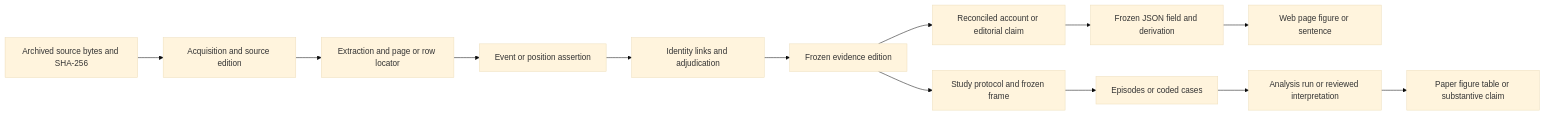
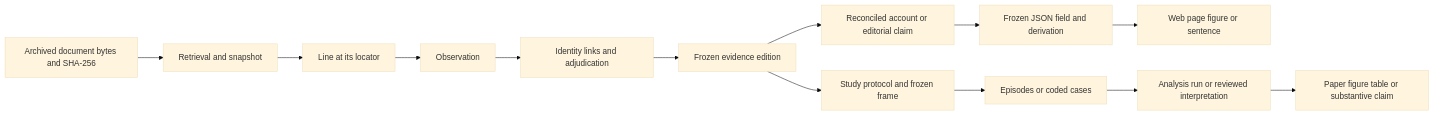
Before and after one commit to MinhHaDuong/climate-finance-het: the diagram in docs/jetp-backend-design.md, drawn with Mermaid (base theme). The commit also changed other lines of this file, not shown here.

````diff
--- a/docs/jetp-backend-design.md
+++ b/docs/jetp-backend-design.md
@@ -813,15 +585,15 @@
 ```mermaid
 flowchart LR
-    A[Archived source bytes and SHA-256] --> B[Acquisition and source edition]
-    B --> C[Extraction and page or row locator]
-    C --> D[Event or position assertion]
+    A[Archived document bytes and SHA-256] --> B[Retrieval and snapshot]
+    B --> C[Line at its locator]
+    C --> D[Observation]
     D --> E[Identity links and adjudication]
     E --> V[Frozen evidence edition]
     V --> F[Reconciled account or editorial claim]
     F --> G[Frozen JSON field and derivation]
     G --> H[Web page figure or sentence]
     V --> I[Study protocol and frozen frame]
     I --> J[Episodes or coded cases]
     J --> K[Analysis run or reviewed interpretation]
     K --> L[Paper figure table or substantive claim]
 ```
````
